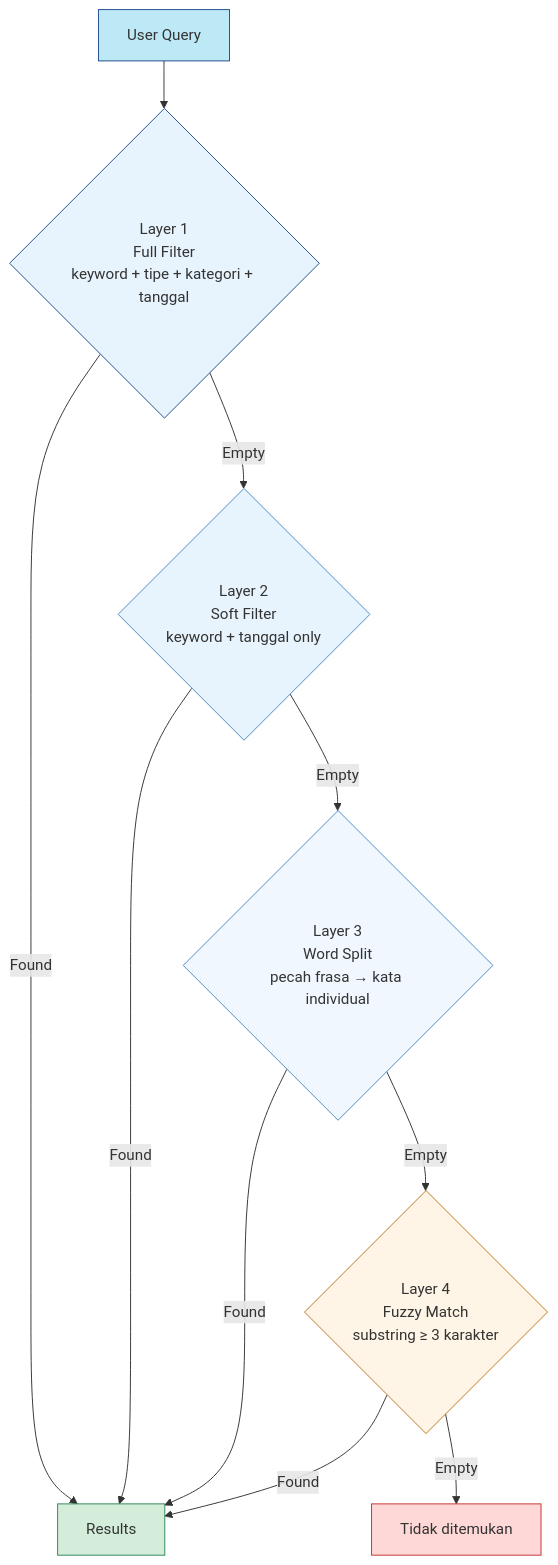
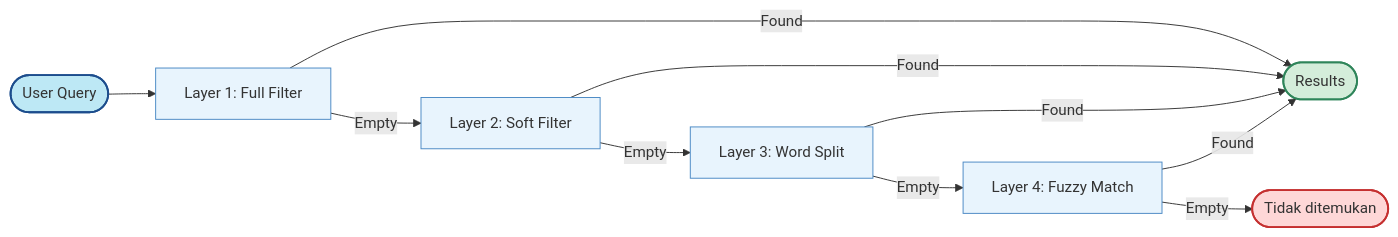
One commit to Sulthonikamalm/cloudtubes-gonanku changed the fifth of 7 diagrams in README.md. Above: the diagram before and after it, drawn with Mermaid.

Commit message:
style: fix messy mermaid diagram for 4-layer fallback

````diff
--- a/README.md
+++ b/README.md
@@ -275,28 +275,26 @@
 ```mermaid
-graph TD
-    Q["User Query"] --> L1
+flowchart LR
+    Q([User Query]) --> L1
+    
+    L1[Layer 1: Full Filter] -->|Found| R([Results])
+    L1 -->|Empty| L2[Layer 2: Soft Filter]
+    
+    L2 -->|Found| R
+    L2 -->|Empty| L3[Layer 3: Word Split]
+    
+    L3 -->|Found| R
+    L3 -->|Empty| L4[Layer 4: Fuzzy Match]
+    
+    L4 -->|Found| R
+    L4 -->|Empty| NOPE([Tidak ditemukan])
+    
+    classDef query fill:#BDE8F5,stroke:#1C4D8D,stroke-width:2px;
+    classDef result fill:#D4EDDA,stroke:#2F855A,stroke-width:2px;
+    classDef fail fill:#FED7D7,stroke:#C53030,stroke-width:2px;
+    classDef layer fill:#E8F4FD,stroke:#4988C4,stroke-width:1px;
 
-    L1{"Layer 1<br/>Full Filter<br/>keyword + tipe + kategori + tanggal"}
-    L1 -->|"Found"| R["Results"]
-    L1 -->|"Empty"| L2
-
-    L2{"Layer 2<br/>Soft Filter<br/>keyword + tanggal only"}
-    L2 -->|"Found"| R
-    L2 -->|"Empty"| L3
-
-    L3{"Layer 3<br/>Word Split<br/>pecah frasa → kata individual"}
-    L3 -->|"Found"| R
-    L3 -->|"Empty"| L4
-
-    L4{"Layer 4<br/>Fuzzy Match<br/>substring ≥ 3 karakter"}
-    L4 -->|"Found"| R
-    L4 -->|"Empty"| NOPE["Tidak ditemukan"]
-
-    style Q fill:#BDE8F5,stroke:#1C4D8D
-    style R fill:#D4EDDA,stroke:#2F855A
-    style NOPE fill:#FED7D7,stroke:#C53030
-    style L1 fill:#E8F4FD,stroke:#1C4D8D
-    style L2 fill:#E8F4FD,stroke:#4988C4
-    style L3 fill:#F0F7FF,stroke:#4988C4
-    style L4 fill:#FFF5E6,stroke:#B7791F
+    class Q query;
+    class R result;
+    class NOPE fail;
+    class L1,L2,L3,L4 layer;
 ```
````
